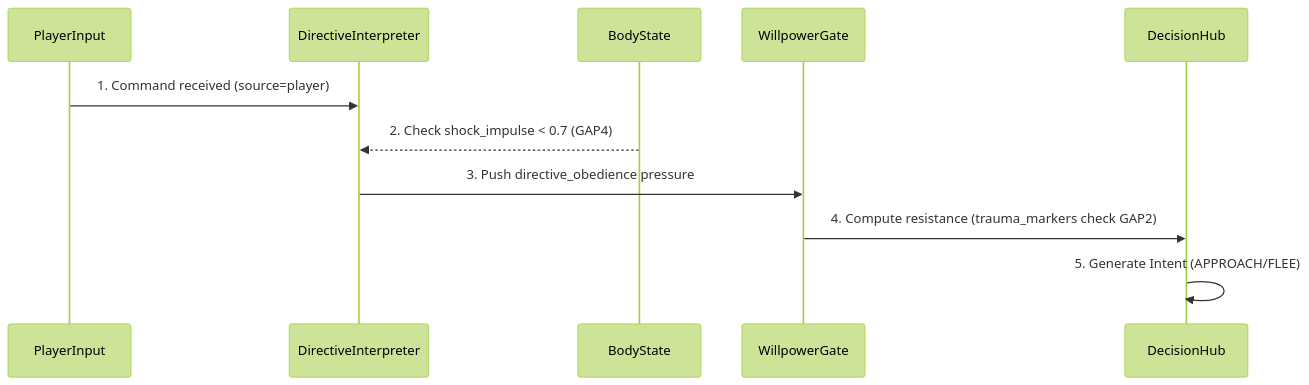
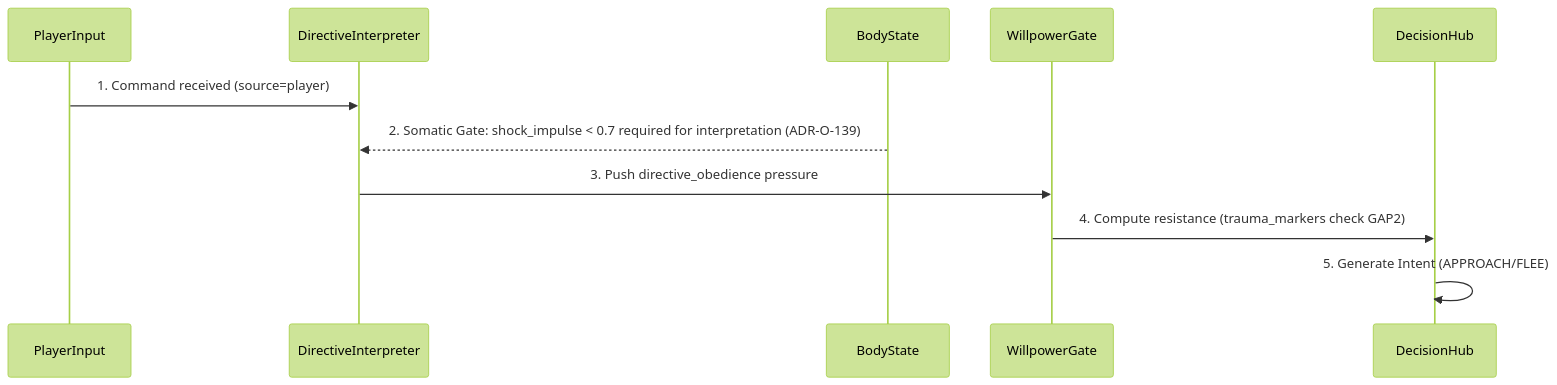
The second of 19 diagrams in docs/ARCHITECTURE_FLOW_GENERATED.md (4Um4/Enigma), drawn with Mermaid (forest theme) before and after one commit. The commit also changed other lines of this file and 366 other files, not shown here.

````diff
--- a/docs/ARCHITECTURE_FLOW_GENERATED.md
+++ b/docs/ARCHITECTURE_FLOW_GENERATED.md
@@ -201,13 +468,13 @@
 ```mermaid
 sequenceDiagram
 participant PlayerInput
 participant DirectiveInterpreter
 participant BodyState
 participant WillpowerGate
 participant DecisionHub
 PlayerInput->>DirectiveInterpreter: 1. Command received (source=player)
-BodyState-->>DirectiveInterpreter: 2. Check shock_impulse < 0.7 (GAP4)
+BodyState-->>DirectiveInterpreter: 2. Somatic Gate: shock_impulse < 0.7 required for interpretation (ADR-O-139)
 DirectiveInterpreter->>WillpowerGate: 3. Push directive_obedience pressure
 WillpowerGate->>DecisionHub: 4. Compute resistance (trauma_markers check GAP2)
 DecisionHub->>DecisionHub: 5. Generate Intent (APPROACH/FLEE)
 ```
````
